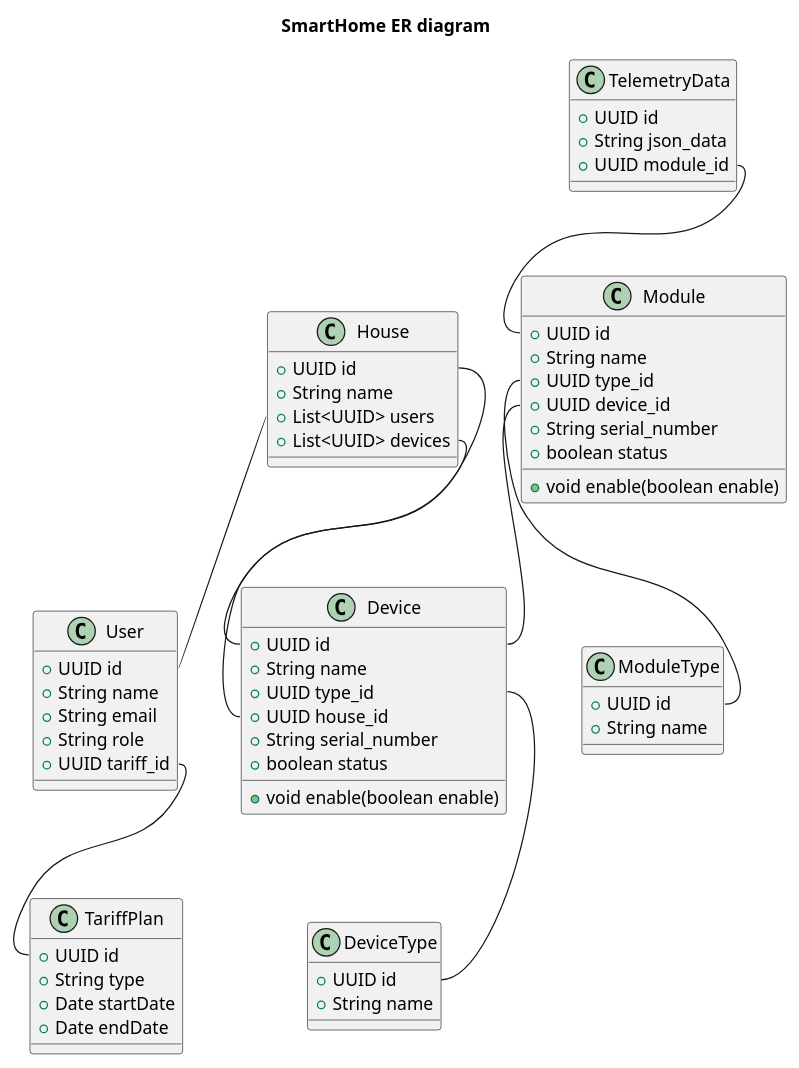
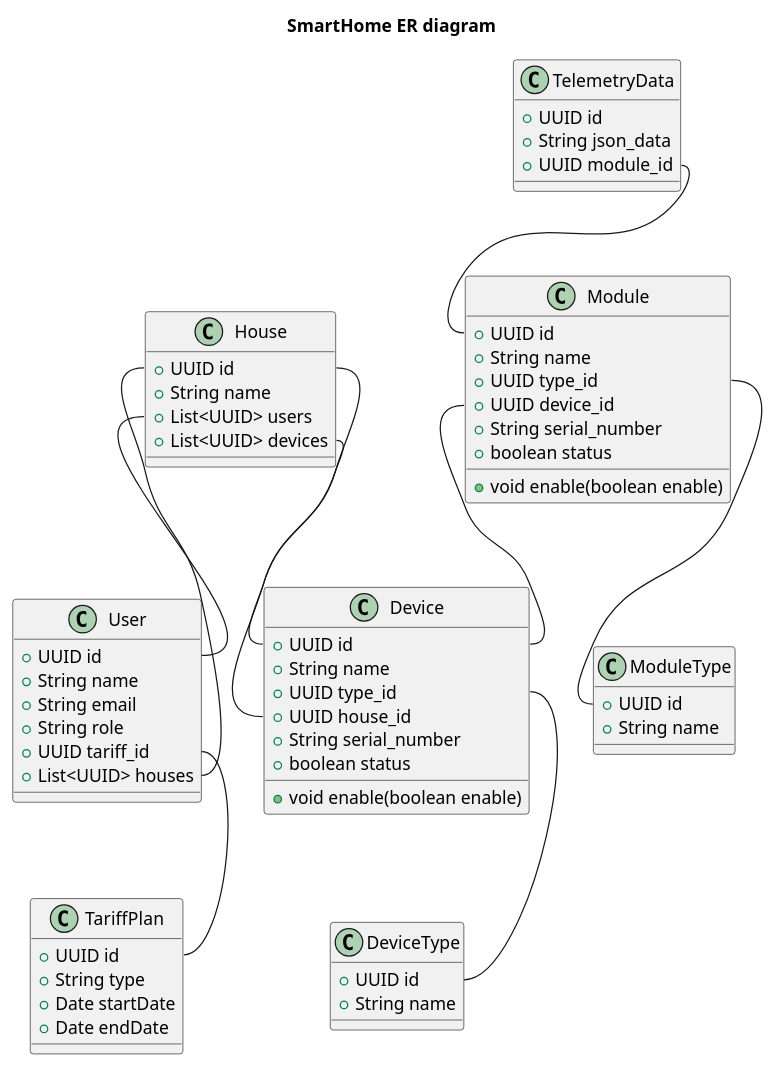
One commit to DmitrySavvin/sprint_3 changed the diagram in smarthome/ER.puml. Above: the diagram before and after it, drawn with PlantUML.

```diff
--- a/smarthome/ER.puml
+++ b/smarthome/ER.puml
@@ -1,73 +1,75 @@
 @startuml
 title SmartHome ER diagram 
 
 top to bottom direction
 
 class House {
     +UUID id
     +String name
     +List<UUID> users
     +List<UUID> devices
 }
 
 class User {
     +UUID id
     +String name
     +String email
     +String role
-    +UUID tariff_id    
+    +UUID tariff_id
+    +List<UUID> houses
 }
 
 class Device {
     +UUID id  
     +String name
     +UUID type_id
     +UUID house_id
     +String serial_number
     +boolean status
     +void enable(boolean enable)
 }
 
 class Module {
     +UUID id
     +String name
     +UUID type_id
     +UUID device_id
     +String serial_number
     +boolean status
     +void enable(boolean enable)
 }
 
 class DeviceType {
     +UUID id
     +String name
 }
 
 class ModuleType {
     +UUID id
     +String name
 }
 
 class TelemetryData {
     +UUID id
     +String json_data
     +UUID module_id
 }
 
 class TariffPlan {
     +UUID id
     +String type
     +Date startDate
     +Date endDate
 }
 
 House::users -- User::id
 House::devices -- Device::id
 Device::type_id -- DeviceType::id
 Device::house_id -- House::id
 Module::type_id -- ModuleType::id
 Module::device_id -- Device::id
 TelemetryData::module_id -- Module::id
 User::tariff_id -- TariffPlan::id
+User::houses -- House::id
 
 @enduml
```
